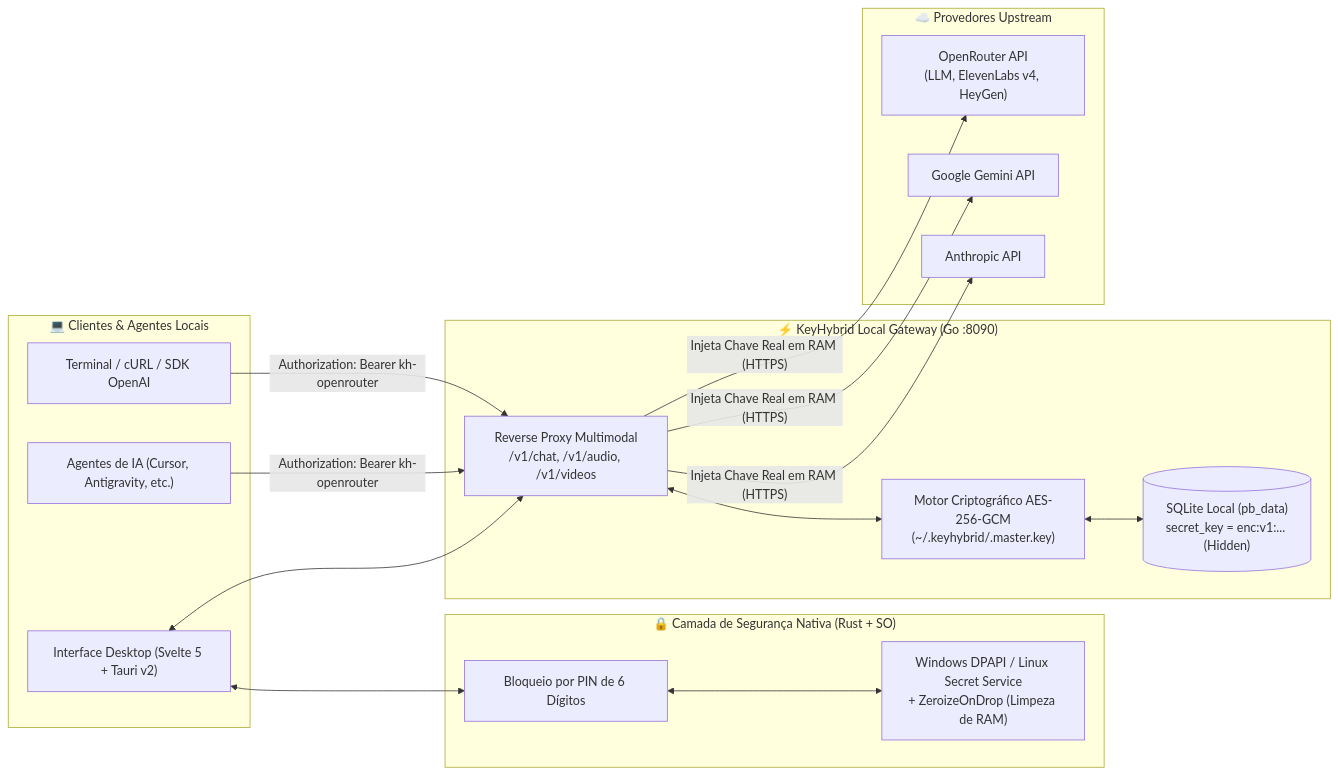
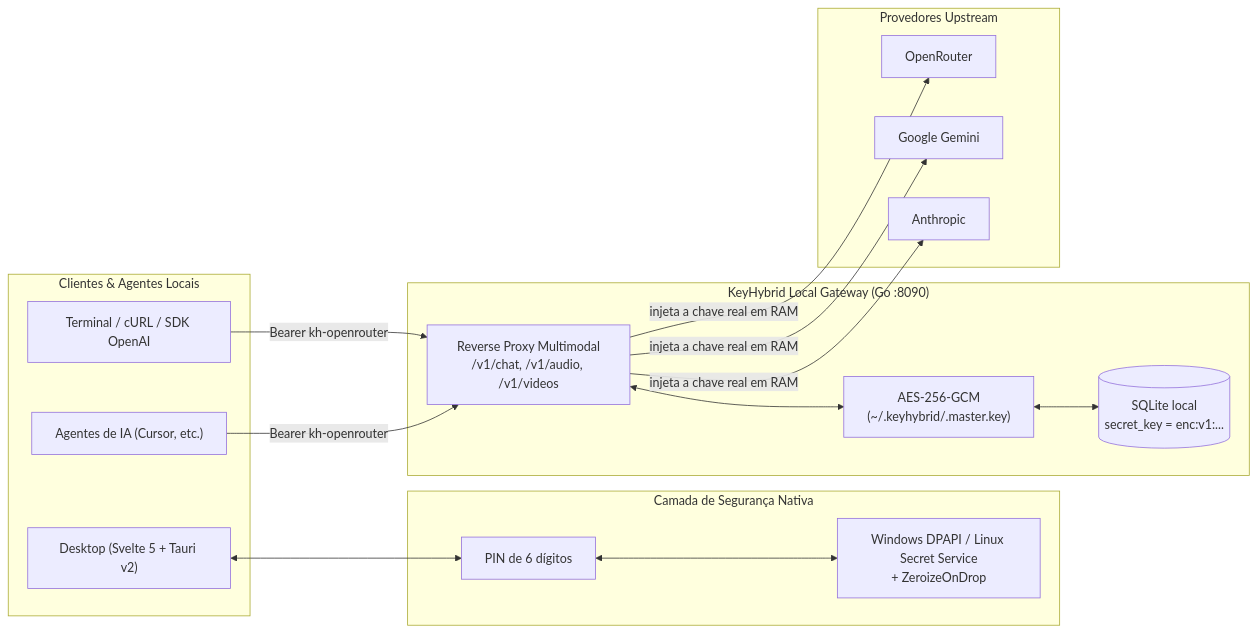
One commit to in100tiva/KeyHybrid changed the diagram in README.md. Above: the diagram before and after it, drawn with Mermaid. The commit also changed other lines of this file, not shown here.

````diff
--- a/README.md
+++ b/README.md
@@ -20,36 +23,35 @@
 ```mermaid
 flowchart LR
-    subgraph Client["💻 Clientes & Agentes Locais"]
+    subgraph Client["Clientes & Agentes Locais"]
         CLI["Terminal / cURL / SDK OpenAI"]
-        IDE["Agentes de IA (Cursor, Antigravity, etc.)"]
-        UI["Interface Desktop (Svelte 5 + Tauri v2)"]
+        IDE["Agentes de IA (Cursor, etc.)"]
+        UI["Desktop (Svelte 5 + Tauri v2)"]
     end
 
-    subgraph SecurityLayer["🔒 Camada de Segurança Nativa (Rust + SO)"]
-        PIN["Bloqueio por PIN de 6 Dígitos"]
-        OSVault["Windows DPAPI / Linux Secret Service\n+ ZeroizeOnDrop (Limpeza de RAM)"]
+    subgraph SecurityLayer["Camada de Segurança Nativa"]
+        PIN["PIN de 6 dígitos"]
+        OSVault["Windows DPAPI / Linux Secret Service\n+ ZeroizeOnDrop"]
     end
 
-    subgraph Gateway["⚡ KeyHybrid Local Gateway (Go :8090)"]
+    subgraph Gateway["KeyHybrid Local Gateway (Go :8090)"]
         Proxy["Reverse Proxy Multimodal\n/v1/chat, /v1/audio, /v1/videos"]
-        AES["Motor Criptográfico AES-256-GCM\n(~/.keyhybrid/.master.key)"]
-        DB[("SQLite Local (pb_data)\nsecret_key = enc:v1:... (Hidden)")]
+        AES["AES-256-GCM\n(~/.keyhybrid/.master.key)"]
+        DB[("SQLite local\nsecret_key = enc:v1:...")]
     end
 
-    subgraph Providers["☁️ Provedores Upstream"]
-        OR["OpenRouter API\n(LLM, ElevenLabs v4, HeyGen)"]
-        GM["Google Gemini API"]
-        AN["Anthropic API"]
+    subgraph Providers["Provedores Upstream"]
+        OR["OpenRouter"]
+        GM["Google Gemini"]
+        AN["Anthropic"]
     end
 
-    CLI -- "Authorization: Bearer kh-openrouter" --> Proxy
-    IDE -- "Authorization: Bearer kh-openrouter" --> Proxy
+    CLI -- "Bearer kh-openrouter" --> Proxy
+    IDE -- "Bearer kh-openrouter" --> Proxy
     UI <--> PIN
     PIN <--> OSVault
-    UI <--> Proxy
     Proxy <--> AES
     AES <--> DB
-    Proxy -- "Injeta Chave Real em RAM (HTTPS)" --> OR
-    Proxy -- "Injeta Chave Real em RAM (HTTPS)" --> GM
-    Proxy -- "Injeta Chave Real em RAM (HTTPS)" --> AN
+    Proxy -- "injeta a chave real em RAM" --> OR
+    Proxy -- "injeta a chave real em RAM" --> GM
+    Proxy -- "injeta a chave real em RAM" --> AN
 ```
````
